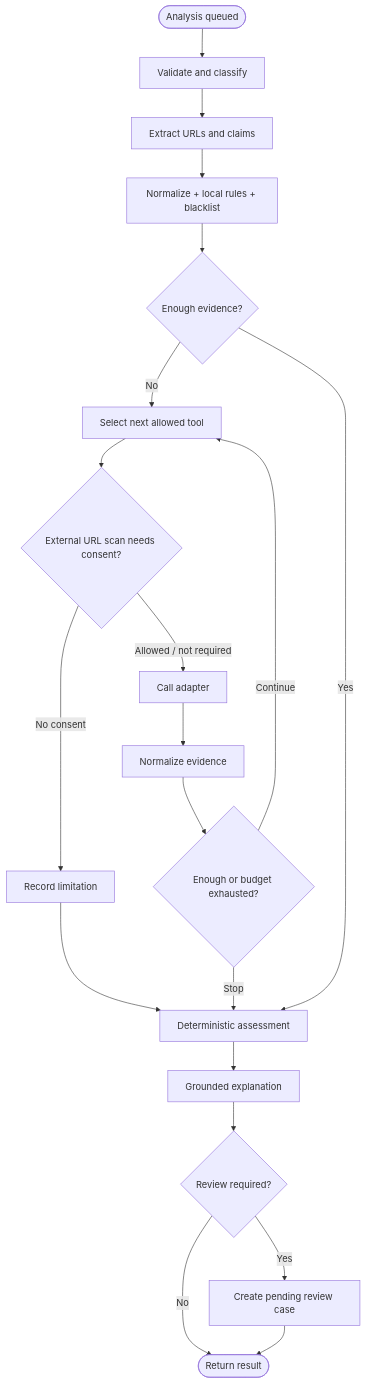
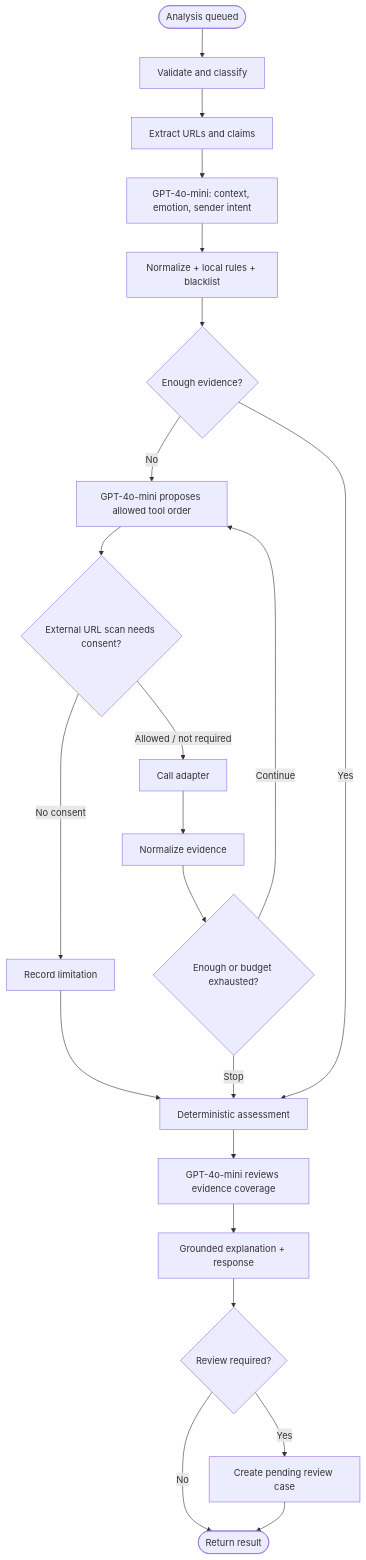
One commit to Binhdn04/TrustGuard-AI changed the second of 3 diagrams in docs/01-ARCHITECTURE.md. Above: the diagram before and after it, drawn with Mermaid. The commit also changed other lines of this file and 19 other files, not shown here.

Commit message:
Feat: Implement agent version 0 with gpt-4o-mini

````diff
--- a/docs/01-ARCHITECTURE.md
+++ b/docs/01-ARCHITECTURE.md
@@ -50,22 +55,24 @@
 ```mermaid
 flowchart TB
     Start(["Analysis queued"]) --> Validate["Validate and classify"]
     Validate --> Extract["Extract URLs and claims"]
-    Extract --> Rules["Normalize + local rules + blacklist"]
+    Extract --> Semantic["GPT-4o-mini: context, emotion, sender intent"]
+    Semantic --> Rules["Normalize + local rules + blacklist"]
     Rules --> Enough{"Enough evidence?"}
-    Enough -->|"No"| Plan["Select next allowed tool"]
+    Enough -->|"No"| Plan["GPT-4o-mini proposes allowed tool order"]
     Plan --> Consent{"External URL scan needs consent?"}
     Consent -->|"No consent"| Limit["Record limitation"]
     Consent -->|"Allowed / not required"| Tool["Call adapter"]
     Tool --> Observe["Normalize evidence"]
     Observe --> Stop{"Enough or budget exhausted?"}
     Stop -->|"Continue"| Plan
     Stop -->|"Stop"| Score["Deterministic assessment"]
     Limit --> Score
     Enough -->|"Yes"| Score
-    Score --> Explain["Grounded explanation"]
+    Score --> ReviewLLM["GPT-4o-mini reviews evidence coverage"]
+    ReviewLLM --> Explain["Grounded explanation + response"]
     Explain --> Escalate{"Review required?"}
     Escalate -->|"No"| Done(["Return result"])
     Escalate -->|"Yes"| Review["Create pending review case"]
     Review --> Done
 ```
````
